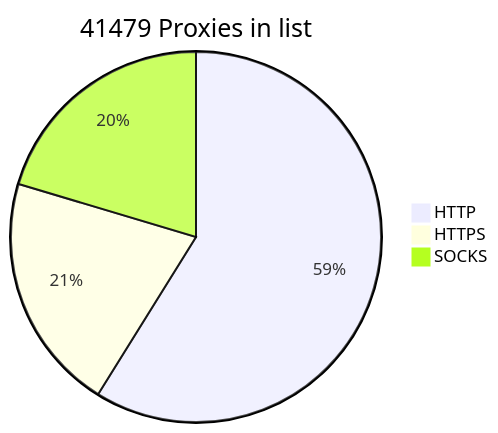
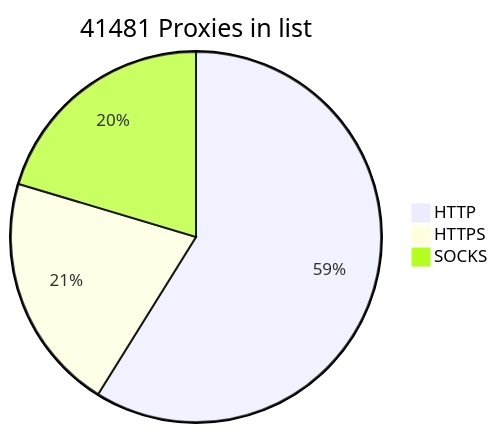
One commit to BlackSnowDot/proxylist-update-every-minute changed the diagram in README.md. Above: the diagram before and after it, drawn with Mermaid.

````diff
--- a/README.md
+++ b/README.md
@@ -2,6 +2,6 @@
 ```mermaid
-pie title 41479 Proxies in list
-    "HTTP" : 28320
-    "HTTPS": 9989
+pie title 41481 Proxies in list
+    "HTTP" : 28321
+    "HTTPS": 9990
     "SOCKS" : 9805
 ```
````
